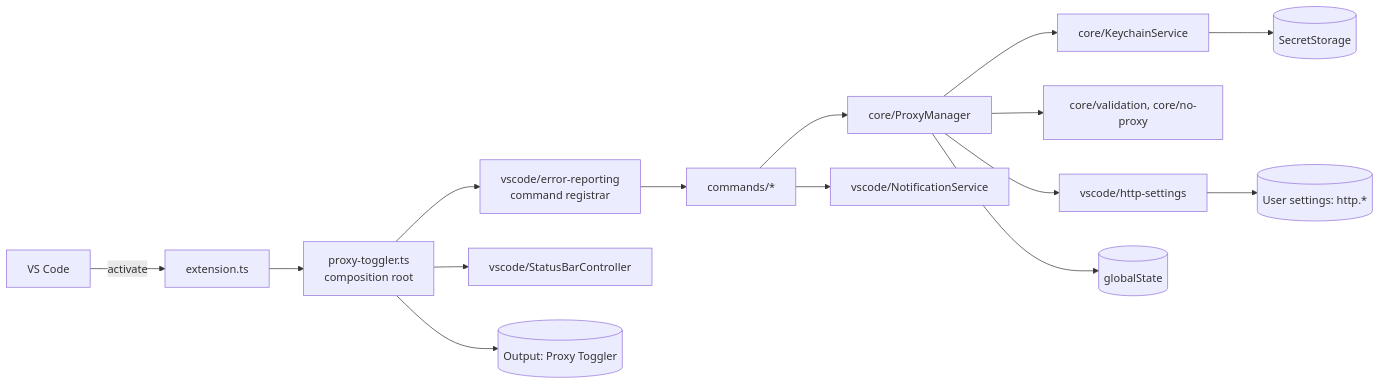
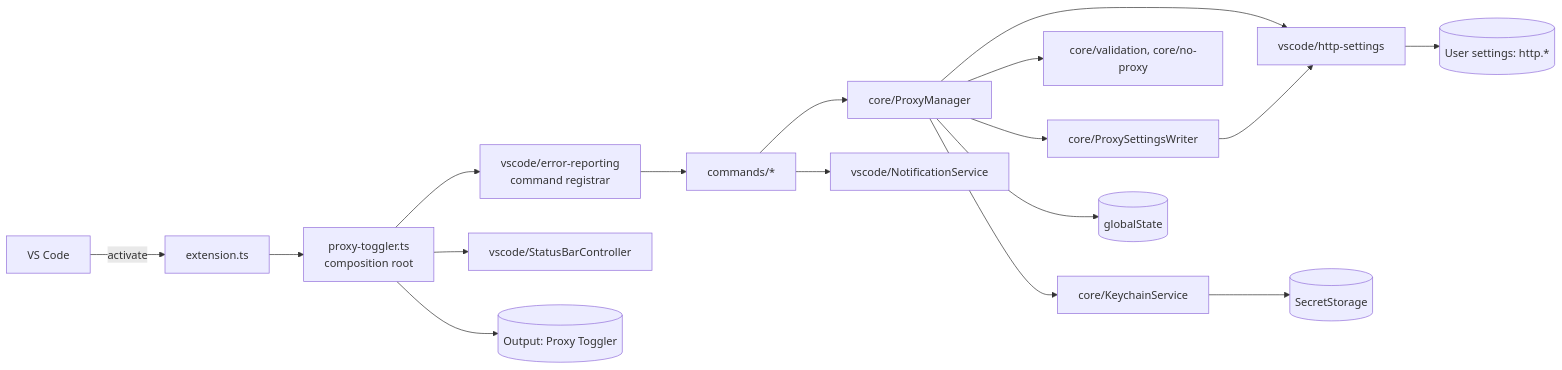
Before and after one commit to bluecloud-dev/proxy-toggler: the diagram in ARCHITECTURE.md, drawn with Mermaid. The commit also changed other lines of this file and 9 other files, not shown here.

First line of the commit message:
refactor: separate writing the proxy settings from storing the configuration

````diff
--- a/ARCHITECTURE.md
+++ b/ARCHITECTURE.md
@@ -30,17 +31,19 @@
 ```mermaid
 flowchart LR
   vscodeHost["VS Code"] -->|activate| extension["extension.ts"]
   extension --> root["proxy-toggler.ts<br/>composition root"]
   root --> registrar["vscode/error-reporting<br/>command registrar"]
   registrar --> commands["commands/*"]
   commands --> manager["core/ProxyManager"]
   commands --> notifications["vscode/NotificationService"]
   manager --> keychain["core/KeychainService"]
   manager --> validation["core/validation, core/no-proxy"]
+  manager --> writer["core/ProxySettingsWriter"]
   manager --> httpSettings["vscode/http-settings"]
+  writer --> httpSettings
   keychain --> secrets[("SecretStorage")]
   manager --> state[("globalState")]
   httpSettings --> settings[("User settings: http.*")]
   root --> statusBar["vscode/StatusBarController"]
   root --> logger[("Output: Proxy Toggler")]
 ```
````
